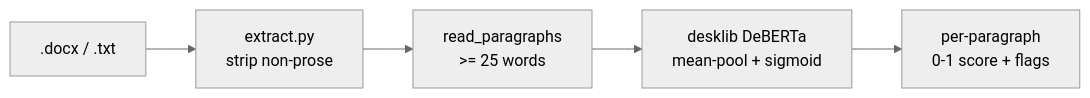
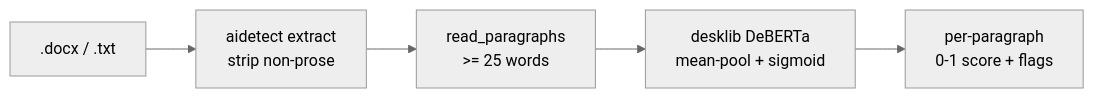
One commit to nitrimandylis/aidetect changed the diagram in README.md. Above: the diagram before and after it, drawn with Mermaid (neutral theme). The commit also changed other lines of this file and 58 other files, not shown here.

````diff
--- a/README.md
+++ b/README.md
@@ -81,7 +87,7 @@
 ```mermaid
 flowchart LR
-    A[.docx / .txt] --> B[extract.py<br/>strip non-prose]
+    A[.docx / .txt] --> B[aidetect extract<br/>strip non-prose]
     B --> C[read_paragraphs<br/>>= 25 words]
     C --> D[desklib DeBERTa<br/>mean-pool + sigmoid]
     D --> E[per-paragraph<br/>0-1 score + flags]
 ```
````
